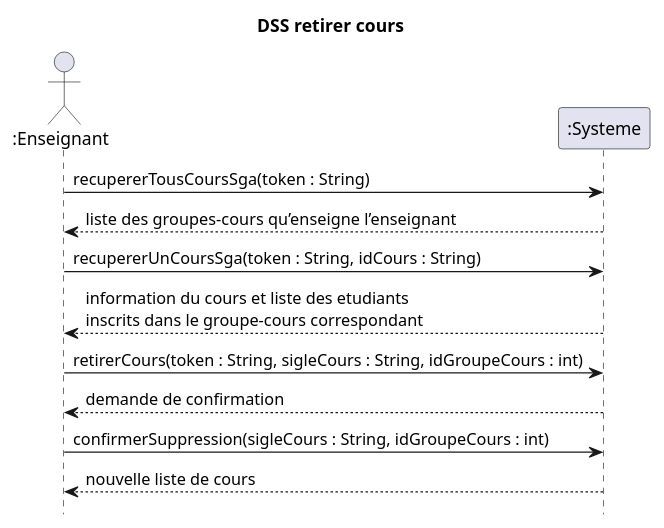
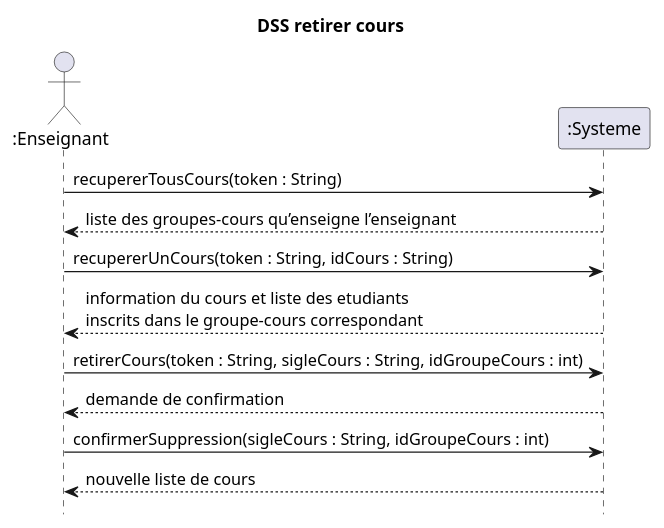
Before and after one commit to nerdz88/SGA-TS: the diagram in docs/Retirer cours/DSS_Retirer_Cours.puml, drawn with PlantUML. The commit also changed 13 other files, not shown here.

Commit message:
Diagrammes + codes + tests complété pour cours

```diff
--- a/docs/Retirer cours/DSS_Retirer_Cours.puml
+++ b/docs/Retirer cours/DSS_Retirer_Cours.puml
@@ -1,16 +1,16 @@
 @startuml DSS_Retirer_Cours
 title DSS retirer cours
 hide footbox
 actor ":Enseignant" as prof
 participant ":Systeme" as sys
 
-prof->  sys : recupererTousCoursSga(token : String)
+prof->  sys : recupererTousCours(token : String)
 sys --> prof : liste des groupes-cours qu’enseigne l’enseignant
-prof -> sys : recupererUnCoursSga(token : String, idCours : String)
+prof -> sys : recupererUnCours(token : String, idCours : String)
 sys --> prof : information du cours et liste des etudiants\ninscrits dans le groupe-cours correspondant
 prof -> sys : retirerCours(token : String, sigleCours : String, idGroupeCours : int)
 sys --> prof : demande de confirmation
 prof -> sys : confirmerSuppression(sigleCours : String, idGroupeCours : int)
 sys --> prof : nouvelle liste de cours
 
 @enduml
```
